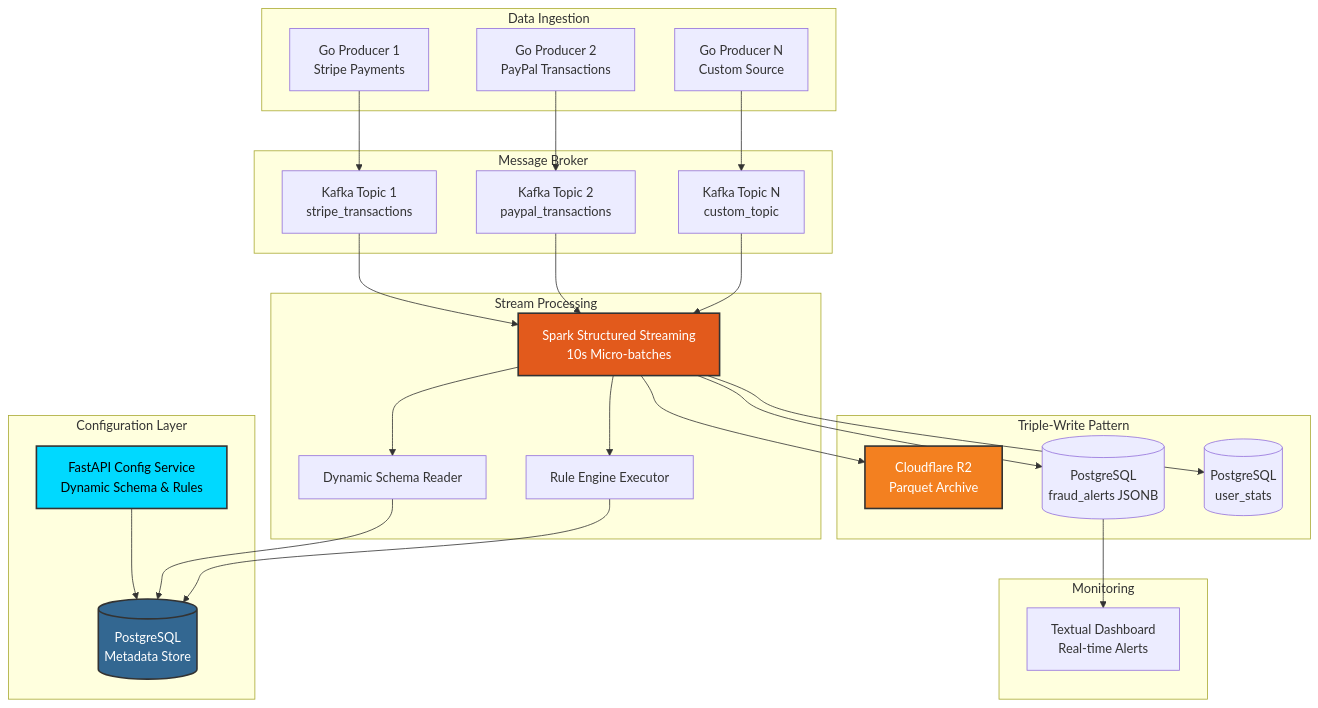
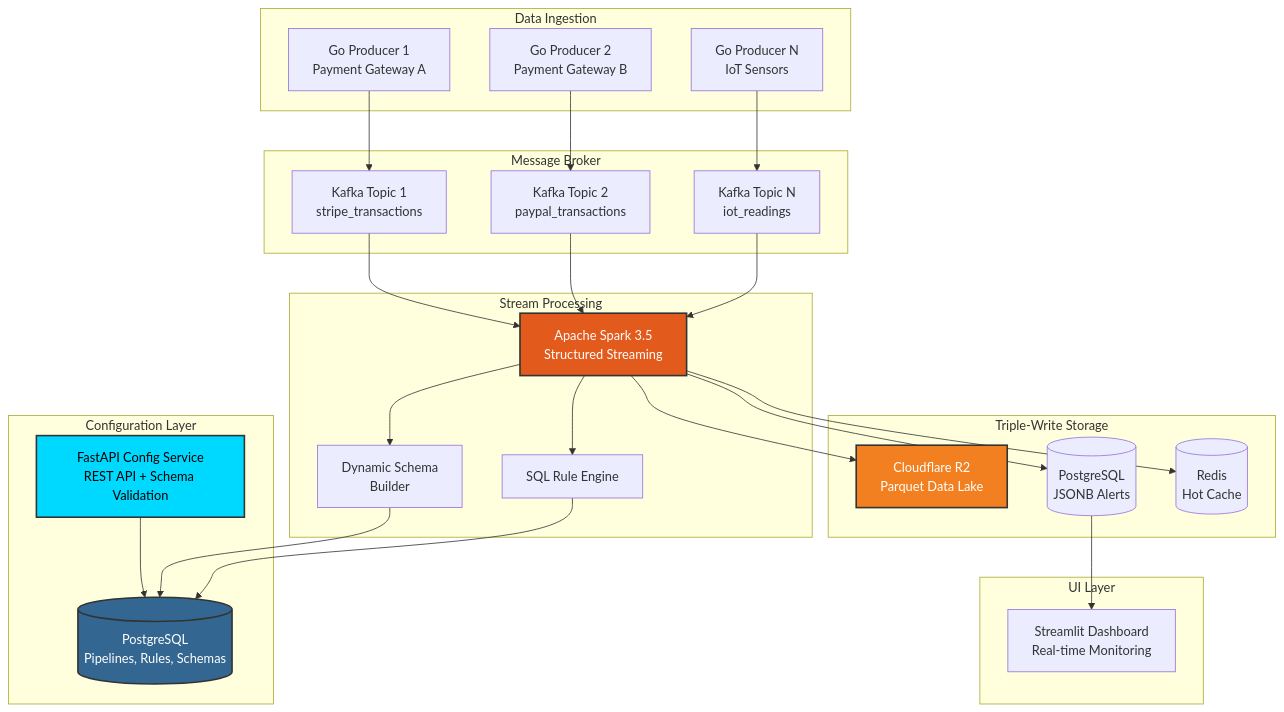
One commit to VikranthBala/sentinel changed the diagram in README.md. Above: the diagram before and after it, drawn with Mermaid. The commit also changed other lines of this file and 8 other files, not shown here.

````diff
--- a/README.md
+++ b/README.md
@@ -87,59 +110,59 @@
 ```mermaid
 graph TB
     subgraph "Configuration Layer"
-        API[FastAPI Config Service<br/>Dynamic Schema & Rules]
-        DB[(PostgreSQL<br/>Metadata Store)]
+        API[FastAPI Config Service<br/>REST API + Schema Validation]
+        DB[(PostgreSQL<br/>Pipelines, Rules, Schemas)]
         API --> DB
     end
     
     subgraph "Data Ingestion"
-        P1[Go Producer 1<br/>Stripe Payments]
-        P2[Go Producer 2<br/>PayPal Transactions]
-        P3[Go Producer N<br/>Custom Source]
+        P1[Go Producer 1<br/>Payment Gateway A]
+        P2[Go Producer 2<br/>Payment Gateway B]
+        P3[Go Producer N<br/>IoT Sensors]
     end
     
     subgraph "Message Broker"
         K1[Kafka Topic 1<br/>stripe_transactions]
         K2[Kafka Topic 2<br/>paypal_transactions]
-        K3[Kafka Topic N<br/>custom_topic]
+        K3[Kafka Topic N<br/>iot_readings]
     end
     
     subgraph "Stream Processing"
-        SPARK[Spark Structured Streaming<br/>10s Micro-batches]
-        SCHEMA[Dynamic Schema Reader]
-        RULES[Rule Engine Executor]
+        SPARK[Apache Spark 3.5<br/>Structured Streaming]
+        SCHEMA[Dynamic Schema<br/>Builder]
+        RULES[SQL Rule Engine]
         
         SPARK --> SCHEMA
         SPARK --> RULES
         SCHEMA --> DB
         RULES --> DB
     end
     
-    subgraph "Triple-Write Pattern"
-        R2[Cloudflare R2<br/>Parquet Archive]
-        ALERTS[(PostgreSQL<br/>fraud_alerts JSONB)]
-        STATS[(PostgreSQL<br/>user_stats)]
+    subgraph "Triple-Write Storage"
+        R2[Cloudflare R2<br/>Parquet Data Lake]
+        ALERTS[(PostgreSQL<br/>JSONB Alerts)]
+        CACHE[(Redis<br/>Hot Cache)]
     end
     
-    subgraph "Monitoring"
-        TUI[Textual Dashboard<br/>Real-time Alerts]
-        ALERTS --> TUI
+    subgraph "UI Layer"
+        DASH[Streamlit Dashboard<br/>Real-time Monitoring]
+        ALERTS --> DASH
     end
     
     P1 --> K1
     P2 --> K2
     P3 --> K3
     
     K1 --> SPARK
     K2 --> SPARK
     K3 --> SPARK
     
     SPARK --> R2
     SPARK --> ALERTS
-    SPARK --> STATS
+    SPARK --> CACHE
     
     style API fill:#00D9FF,stroke:#333,stroke-width:2px,color:#000
     style SPARK fill:#E25A1C,stroke:#333,stroke-width:2px,color:#fff
     style R2 fill:#F38020,stroke:#333,stroke-width:2px,color:#fff
     style DB fill:#336791,stroke:#333,stroke-width:2px,color:#fff
 ```
````
